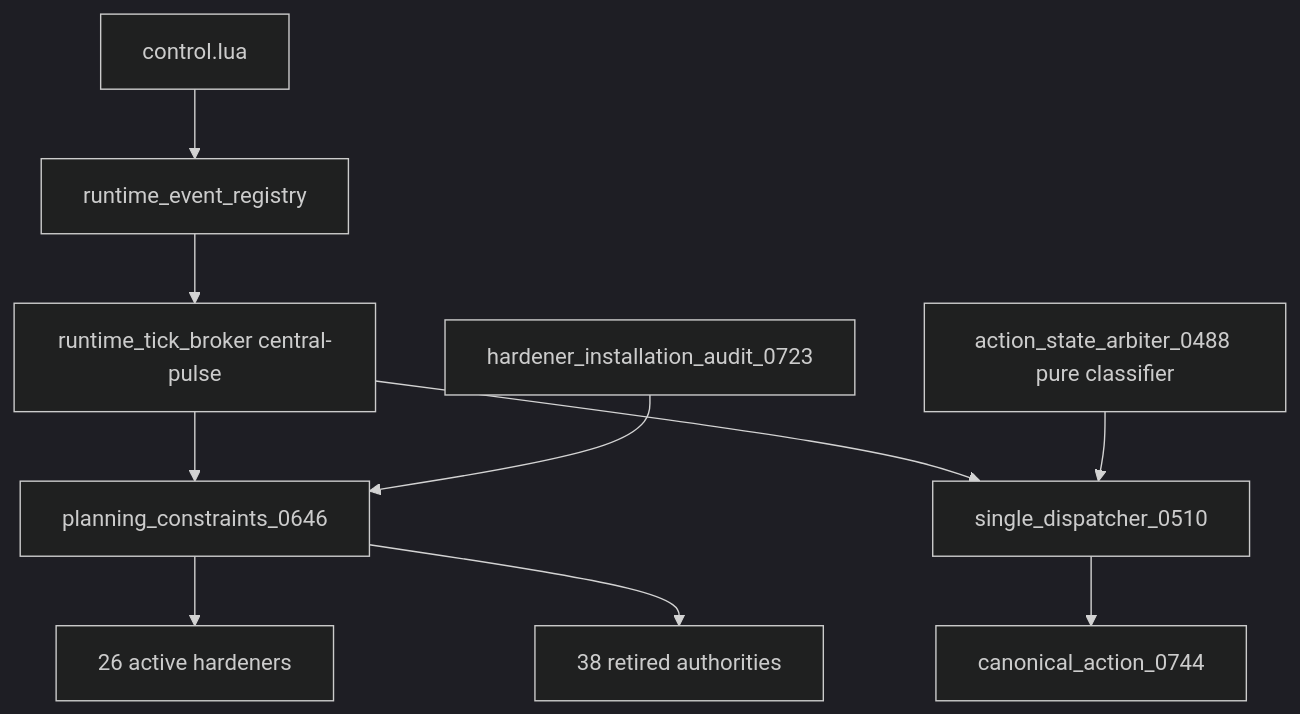
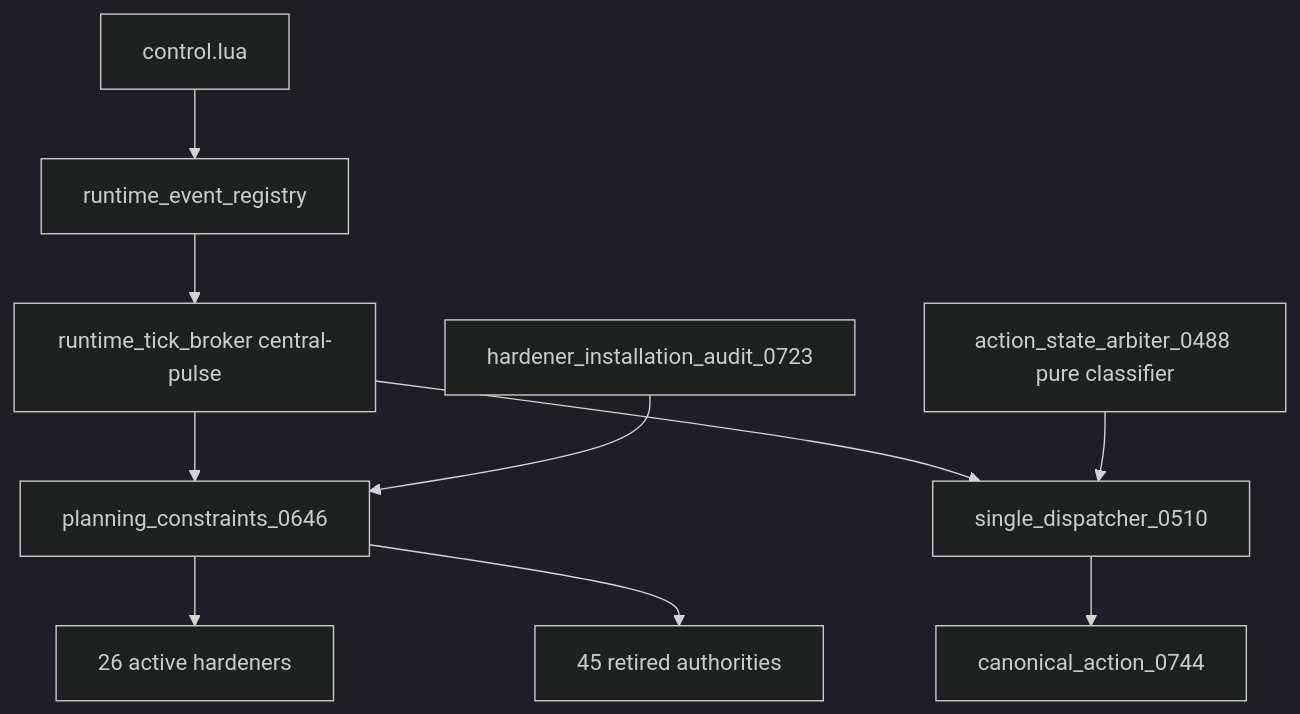
Before and after one commit to mrcalzon02/Tech-Priests: the first of 12 diagrams in docs/RECOVERY_AUTHORITY_MAP_CURRENT.md, drawn with Mermaid (dark theme). The commit also changed other lines of this file and 26 other files, not shown here.

````diff
--- a/docs/RECOVERY_AUTHORITY_MAP_CURRENT.md
+++ b/docs/RECOVERY_AUTHORITY_MAP_CURRENT.md
@@ -13,12 +13,12 @@
 ```mermaid
 flowchart TD
     Control[control.lua] --> Registry[runtime_event_registry]
     Registry --> Broker[runtime_tick_broker central-pulse]
     Broker --> Planning[planning_constraints_0646]
     Planning --> Prearm[26 active hardeners]
-    Planning --> Retired[38 retired authorities]
+    Planning --> Retired[45 retired authorities]
     Broker --> Dispatcher[single_dispatcher_0510]
     Dispatcher --> Action[canonical_action_0744]
     Arbiter[action_state_arbiter_0488 pure classifier] --> Dispatcher
     Finalizer[hardener_installation_audit_0723] --> Planning
 ```
````
